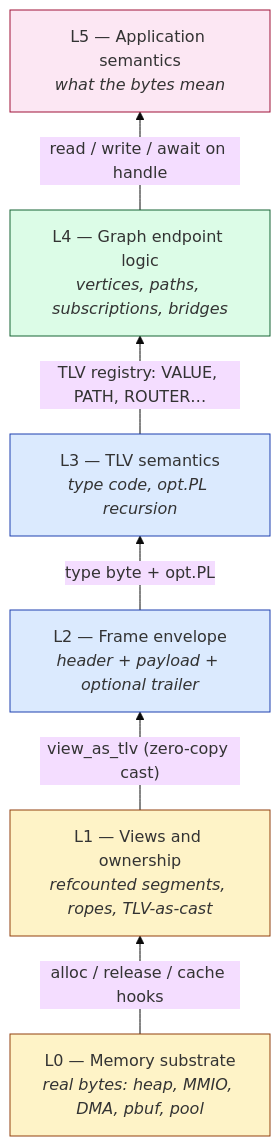
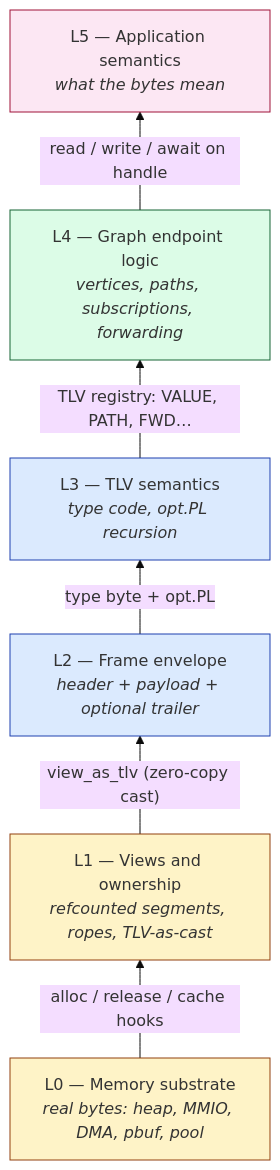
Before and after one commit to avatarsd-llc/libtracer: the first of 3 diagrams in docs/reference/02-graph-model.md, drawn with Mermaid (base theme). The commit also changed other lines of this file and 22 other files, not shown here.

````diff
--- a/docs/reference/02-graph-model.md
+++ b/docs/reference/02-graph-model.md
@@ -44,20 +44,20 @@
 ```mermaid
 flowchart BT
     L0["L0 — Memory substrate<br/><i>real bytes: heap, MMIO, DMA, pbuf, pool</i>"]
     L1["L1 — Views and ownership<br/><i>refcounted segments, ropes, TLV-as-cast</i>"]
     L2["L2 — Frame envelope<br/><i>header + payload + optional trailer</i>"]
     L3["L3 — TLV semantics<br/><i>type code, opt.PL recursion</i>"]
-    L4["L4 — Graph endpoint logic<br/><i>vertices, paths, subscriptions, bridges</i>"]
+    L4["L4 — Graph endpoint logic<br/><i>vertices, paths, subscriptions, forwarding</i>"]
     L5["L5 — Application semantics<br/><i>what the bytes mean</i>"]
     L0 -- "alloc / release / cache hooks" --> L1
     L1 -- "view_as_tlv (zero-copy cast)" --> L2
     L2 -- "type byte + opt.PL" --> L3
-    L3 -- "TLV registry: VALUE, PATH, ROUTER…" --> L4
+    L3 -- "TLV registry: VALUE, PATH, FWD…" --> L4
     L4 -- "read / write / await on handle" --> L5
     style L0 fill:#fef3c7,stroke:#92400e
     style L1 fill:#fef3c7,stroke:#92400e
     style L2 fill:#dbeafe,stroke:#1e40af
     style L3 fill:#dbeafe,stroke:#1e40af
     style L4 fill:#dcfce7,stroke:#166534
     style L5 fill:#fce7f3,stroke:#9f1239
 ```
````
